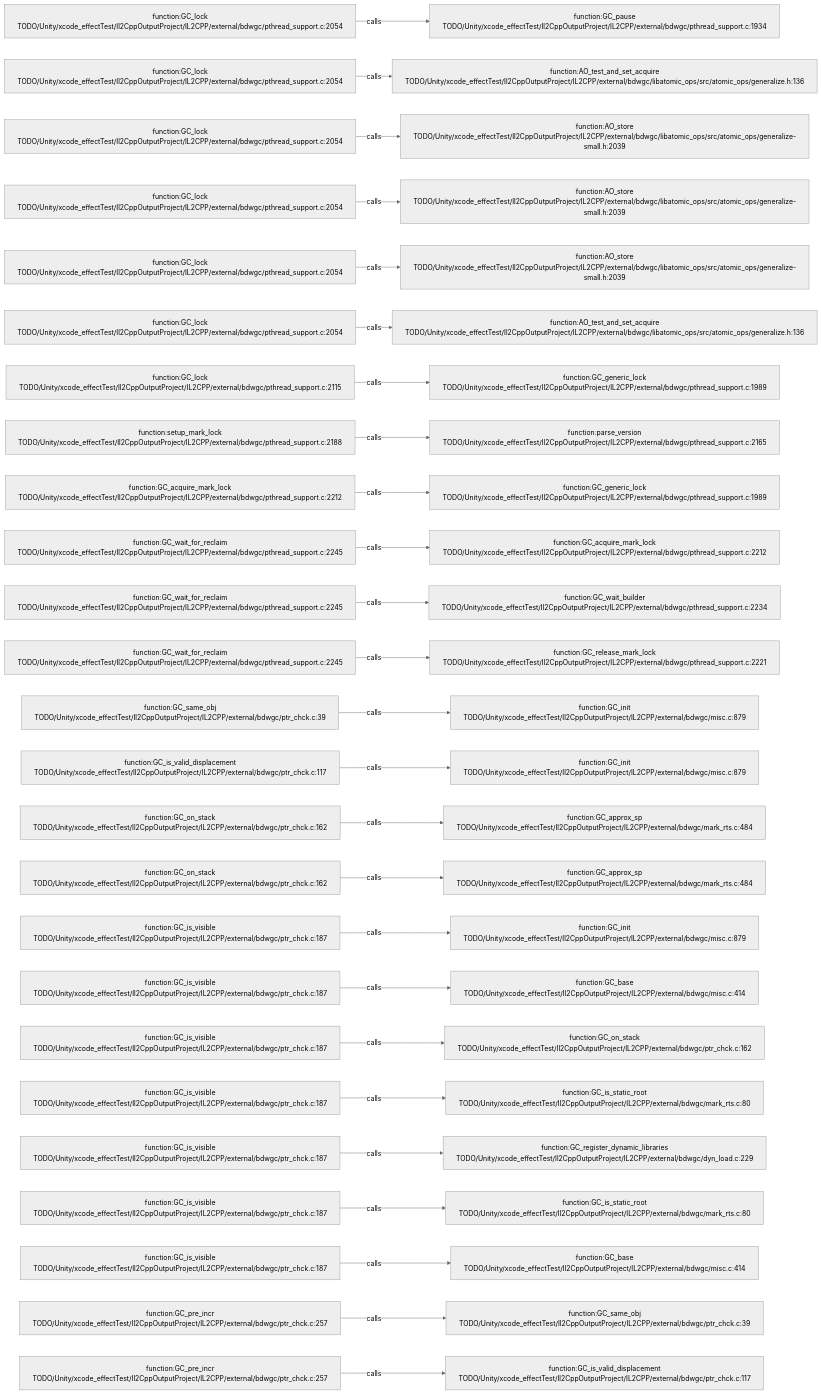
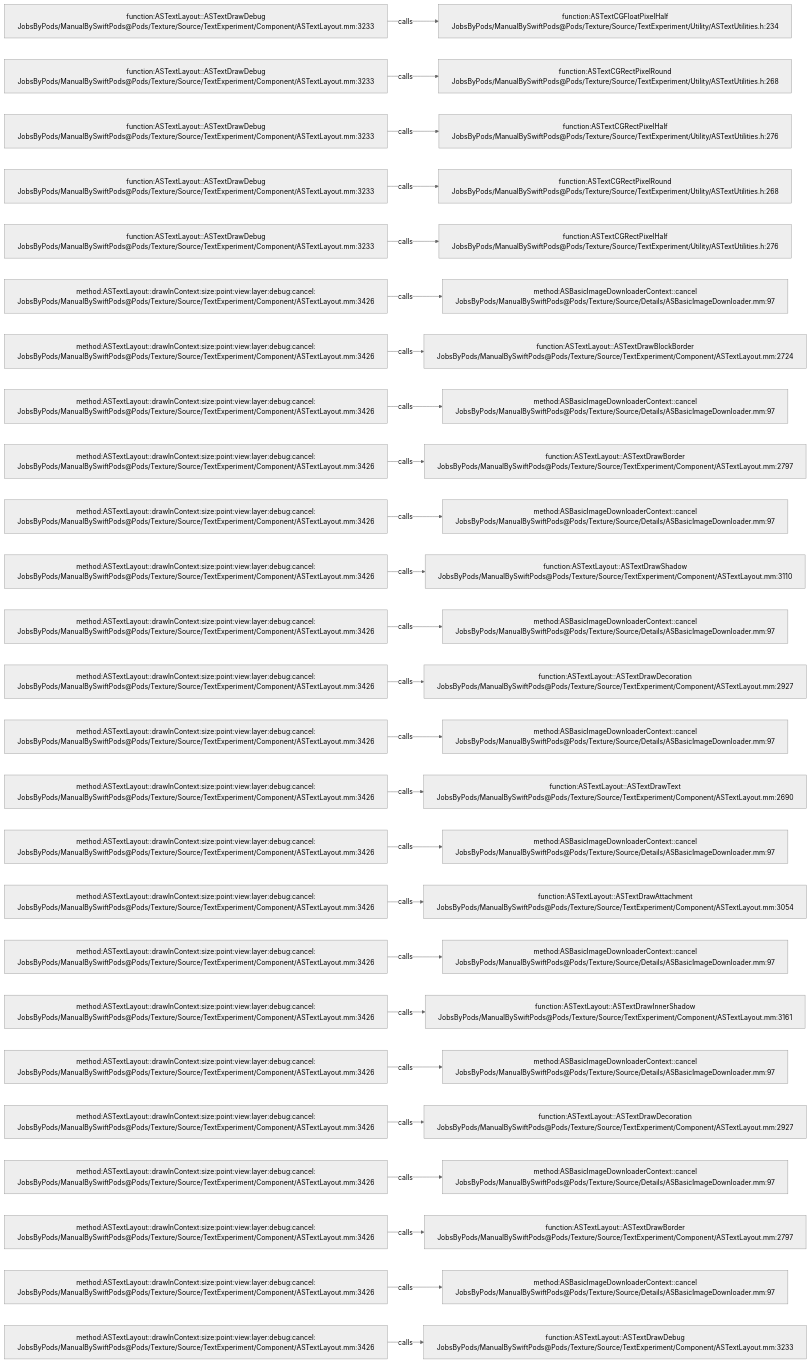
The diagram in .codegraph/codegraph.md/graphs/calls-156.md (JobsKits/JobsSwiftBaseConfigDemo), drawn with Mermaid (neutral theme) before and after one commit. The commit also changed 2959 other files, not shown here.

````diff
--- a/.codegraph/codegraph.md/graphs/calls-156.md
+++ b/.codegraph/codegraph.md/graphs/calls-156.md
@@ -13,78 +13,78 @@
 ```mermaid
 flowchart LR
-  S1["function:GC_lock<br/>TODO/Unity/xcode_effectTest/Il2CppOutputProject/IL2CPP/external/bdwgc/pthread_support.c:2054"]
-  T1["function:GC_pause<br/>TODO/Unity/xcode_effectTest/Il2CppOutputProject/IL2CPP/external/bdwgc/pthread_support.c:1934"]
+  S1["function:ASTextLayout::ASTextDrawDebug<br/>JobsByPods/ManualBySwiftPods@Pods/Texture/Source/TextExperiment/Component/ASTextLayout.mm:3233"]
+  T1["function:ASTextCGFloatPixelHalf<br/>JobsByPods/ManualBySwiftPods@Pods/Texture/Source/TextExperiment/Utility/ASTextUtilities.h:234"]
   S1 -->|calls| T1
-  S2["function:GC_lock<br/>TODO/Unity/xcode_effectTest/Il2CppOutputProject/IL2CPP/external/bdwgc/pthread_support.c:2054"]
-  T2["function:AO_test_and_set_acquire<br/>TODO/Unity/xcode_effectTest/Il2CppOutputProject/IL2CPP/external/bdwgc/libatomic_ops/src/atomic_ops/generalize.h:136"]
+  S2["function:ASTextLayout::ASTextDrawDebug<br/>JobsByPods/ManualBySwiftPods@Pods/Texture/Source/TextExperiment/Component/ASTextLayout.mm:3233"]
+  T2["function:ASTextCGRectPixelRound<br/>JobsByPods/ManualBySwiftPods@Pods/Texture/Source/TextExperiment/Utility/ASTextUtilities.h:268"]
   S2 -->|calls| T2
-  S3["function:GC_lock<br/>TODO/Unity/xcode_effectTest/Il2CppOutputProject/IL2CPP/external/bdwgc/pthread_support.c:2054"]
-  T3["function:AO_store<br/>TODO/Unity/xcode_effectTest/Il2CppOutputProject/IL2CPP/external/bdwgc/libatomic_ops/src/atomic_ops/generalize-small.h:2039"]
+  S3["function:ASTextLayout::ASTextDrawDebug<br/>JobsByPods/ManualBySwiftPods@Pods/Texture/Source/TextExperiment/Component/ASTextLayout.mm:3233"]
+  T3["function:ASTextCGRectPixelHalf<br/>JobsByPods/ManualBySwiftPods@Pods/Texture/Source/TextExperiment/Utility/ASTextUtilities.h:276"]
   S3 -->|calls| T3
-  S4["function:GC_lock<br/>TODO/Unity/xcode_effectTest/Il2CppOutputProject/IL2CPP/external/bdwgc/pthread_support.c:2054"]
-  T4["function:AO_store<br/>TODO/Unity/xcode_effectTest/Il2CppOutputProject/IL2CPP/external/bdwgc/libatomic_ops/src/atomic_ops/generalize-small.h:2039"]
+  S4["function:ASTextLayout::ASTextDrawDebug<br/>JobsByPods/ManualBySwiftPods@Pods/Texture/Source/TextExperiment/Component/ASTextLayout.mm:3233"]
+  T4["function:ASTextCGRectPixelRound<br/>JobsByPods/ManualBySwiftPods@Pods/Texture/Source/TextExperiment/Utility/ASTextUtilities.h:268"]
   S4 -->|calls| T4
-  S5["function:GC_lock<br/>TODO/Unity/xcode_effectTest/Il2CppOutputProject/IL2CPP/external/bdwgc/pthread_support.c:2054"]
-  T5["function:AO_store<br/>TODO/Unity/xcode_effectTest/Il2CppOutputProject/IL2CPP/external/bdwgc/libatomic_ops/src/atomic_ops/generalize-small.h:2039"]
+  S5["function:ASTextLayout::ASTextDrawDebug<br/>JobsByPods/ManualBySwiftPods@Pods/Texture/Source/TextExperiment/Component/ASTextLayout.mm:3233"]
+  T5["function:ASTextCGRectPixelHalf<br/>JobsByPods/ManualBySwiftPods@Pods/Texture/Source/TextExperiment/Utility/ASTextUtilities.h:276"]
   S5 -->|calls| T5
-  S6["function:GC_lock<br/>TODO/Unity/xcode_effectTest/Il2CppOutputProject/IL2CPP/external/bdwgc/pthread_support.c:2054"]
-  T6["function:AO_test_and_set_acquire<br/>TODO/Unity/xcode_effectTest/Il2CppOutputProject/IL2CPP/external/bdwgc/libatomic_ops/src/atomic_ops/generalize.h:136"]
+  S6["method:ASTextLayout::drawInContext:size:point:view:layer:debug:cancel:<br/>JobsByPods/ManualBySwiftPods@Pods/Texture/Source/TextExperiment/Component/ASTextLayout.mm:3426"]
+  T6["method:ASBasicImageDownloaderContext::cancel<br/>JobsByPods/ManualBySwiftPods@Pods/Texture/Source/Details/ASBasicImageDownloader.mm:97"]
   S6 -->|calls| T6
-  S7["function:GC_lock<br/>TODO/Unity/xcode_effectTest/Il2CppOutputProject/IL2CPP/external/bdwgc/pthread_support.c:2115"]
-  T7["function:GC_generic_lock<br/>TODO/Unity/xcode_effectTest/Il2CppOutputProject/IL2CPP/external/bdwgc/pthread_support.c:1989"]
+  S7["method:ASTextLayout::drawInContext:size:point:view:layer:debug:cancel:<br/>JobsByPods/ManualBySwiftPods@Pods/Texture/Source/TextExperiment/Component/ASTextLayout.mm:3426"]
+  T7["function:ASTextLayout::ASTextDrawBlockBorder<br/>JobsByPods/ManualBySwiftPods@Pods/Texture/Source/TextExperiment/Component/ASTextLayout.mm:2724"]
   S7 -->|calls| T7
-  S8["function:setup_mark_lock<br/>TODO/Unity/xcode_effectTest/Il2CppOutputProject/IL2CPP/external/bdwgc/pthread_support.c:2188"]
-  T8["function:parse_version<br/>TODO/Unity/xcode_effectTest/Il2CppOutputProject/IL2CPP/external/bdwgc/pthread_support.c:2165"]
+  S8["method:ASTextLayout::drawInContext:size:point:view:layer:debug:cancel:<br/>JobsByPods/ManualBySwiftPods@Pods/Texture/Source/TextExperiment/Component/ASTextLayout.mm:3426"]
+  T8["method:ASBasicImageDownloaderContext::cancel<br/>JobsByPods/ManualBySwiftPods@Pods/Texture/Source/Details/ASBasicImageDownloader.mm:97"]
   S8 -->|calls| T8
-  S9["function:GC_acquire_mark_lock<br/>TODO/Unity/xcode_effectTest/Il2CppOutputProject/IL2CPP/external/bdwgc/pthread_support.c:2212"]
-  T9["function:GC_generic_lock<br/>TODO/Unity/xcode_effectTest/Il2CppOutputProject/IL2CPP/external/bdwgc/pthread_support.c:1989"]
+  S9["method:ASTextLayout::drawInContext:size:point:view:layer:debug:cancel:<br/>JobsByPods/ManualBySwiftPods@Pods/Texture/Source/TextExperiment/Component/ASTextLayout.mm:3426"]
+  T9["function:ASTextLayout::ASTextDrawBorder<br/>JobsByPods/ManualBySwiftPods@Pods/Texture/Source/TextExperiment/Component/ASTextLayout.mm:2797"]
   S9 -->|calls| T9
-  S10["function:GC_wait_for_reclaim<br/>TODO/Unity/xcode_effectTest/Il2CppOutputProject/IL2CPP/external/bdwgc/pthread_support.c:2245"]
-  T10["function:GC_acquire_mark_lock<br/>TODO/Unity/xcode_effectTest/Il2CppOutputProject/IL2CPP/external/bdwgc/pthread_support.c:2212"]
+  S10["method:ASTextLayout::drawInContext:size:point:view:layer:debug:cancel:<br/>JobsByPods/ManualBySwiftPods@Pods/Texture/Source/TextExperiment/Component/ASTextLayout.mm:3426"]
+  T10["method:ASBasicImageDownloaderContext::cancel<br/>JobsByPods/ManualBySwiftPods@Pods/Texture/Source/Details/ASBasicImageDownloader.mm:97"]
   S10 -->|calls| T10
-  S11["function:GC_wait_for_reclaim<br/>TODO/Unity/xcode_effectTest/Il2CppOutputProject/IL2CPP/external/bdwgc/pthread_support.c:2245"]
-  T11["function:GC_wait_builder<br/>TODO/Unity/xcode_effectTest/Il2CppOutputProject/IL2CPP/external/bdwgc/pthread_support.c:2234"]
+  S11["method:ASTextLayout::drawInContext:size:point:view:layer:debug:cancel:<br/>JobsByPods/ManualBySwiftPods@Pods/Texture/Source/TextExperiment/Component/ASTextLayout.mm:3426"]
+  T11["function:ASTextLayout::ASTextDrawShadow<br/>JobsByPods/ManualBySwiftPods@Pods/Texture/Source/TextExperiment/Component/ASTextLayout.mm:3110"]
   S11 -->|calls| T11
-  S12["function:GC_wait_for_reclaim<br/>TODO/Unity/xcode_effectTest/Il2CppOutputProject/IL2CPP/external/bdwgc/pthread_support.c:2245"]
-  T12["function:GC_release_mark_lock<br/>TODO/Unity/xcode_effectTest/Il2CppOutputProject/IL2CPP/external/bdwgc/pthread_support.c:2221"]
+  S12["method:ASTextLayout::drawInContext:size:point:view:layer:debug:cancel:<br/>JobsByPods/ManualBySwiftPods@Pods/Texture/Source/TextExperiment/Component/ASTextLayout.mm:3426"]
+  T12["method:ASBasicImageDownloaderContext::cancel<br/>JobsByPods/ManualBySwiftPods@Pods/Texture/Source/Details/ASBasicImageDownloader.mm:97"]
   S12 -->|calls| T12
-  S13["function:GC_same_obj<br/>TODO/Unity/xcode_effectTest/Il2CppOutputProject/IL2CPP/external/bdwgc/ptr_chck.c:39"]
-  T13["function:GC_init<br/>TODO/Unity/xcode_effectTest/Il2CppOutputProject/IL2CPP/external/bdwgc/misc.c:879"]
+  S13["method:ASTextLayout::drawInContext:size:point:view:layer:debug:cancel:<br/>JobsByPods/ManualBySwiftPods@Pods/Texture/Source/TextExperiment/Component/ASTextLayout.mm:3426"]
+  T13["function:ASTextLayout::ASTextDrawDecoration<br/>JobsByPods/ManualBySwiftPods@Pods/Texture/Source/TextExperiment/Component/ASTextLayout.mm:2927"]
   S13 -->|calls| T13
-  S14["function:GC_is_valid_displacement<br/>TODO/Unity/xcode_effectTest/Il2CppOutputProject/IL2CPP/external/bdwgc/ptr_chck.c:117"]
-  T14["function:GC_init<br/>TODO/Unity/xcode_effectTest/Il2CppOutputProject/IL2CPP/external/bdwgc/misc.c:879"]
+  S14["method:ASTextLayout::drawInContext:size:point:view:layer:debug:cancel:<br/>JobsByPods/ManualBySwiftPods@Pods/Texture/Source/TextExperiment/Component/ASTextLayout.mm:3426"]
+  T14["method:ASBasicImageDownloaderContext::cancel<br/>JobsByPods/ManualBySwiftPods@Pods/Texture/Source/Details/ASBasicImageDownloader.mm:97"]
   S14 -->|calls| T14
-  S15["function:GC_on_stack<br/>TODO/Unity/xcode_effectTest/Il2CppOutputProject/IL2CPP/external/bdwgc/ptr_chck.c:162"]
-  T15["function:GC_approx_sp<br/>TODO/Unity/xcode_effectTest/Il2CppOutputProject/IL2CPP/external/bdwgc/mark_rts.c:484"]
+  S15["method:ASTextLayout::drawInContext:size:point:view:layer:debug:cancel:<br/>JobsByPods/ManualBySwiftPods@Pods/Texture/Source/TextExperiment/Component/ASTextLayout.mm:3426"]
+  T15["function:ASTextLayout::ASTextDrawText<br/>JobsByPods/ManualBySwiftPods@Pods/Texture/Source/TextExperiment/Component/ASTextLayout.mm:2690"]
   S15 -->|calls| T15
-  S16["function:GC_on_stack<br/>TODO/Unity/xcode_effectTest/Il2CppOutputProject/IL2CPP/external/bdwgc/ptr_chck.c:162"]
-  T16["function:GC_approx_sp<br/>TODO/Unity/xcode_effectTest/Il2CppOutputProject/IL2CPP/external/bdwgc/mark_rts.c:484"]
+  S16["method:ASTextLayout::drawInContext:size:point:view:layer:debug:cancel:<br/>JobsByPods/ManualBySwiftPods@Pods/Texture/Source/TextExperiment/Component/ASTextLayout.mm:3426"]
+  T16["method:ASBasicImageDownloaderContext::cancel<br/>JobsByPods/ManualBySwiftPods@Pods/Texture/Source/Details/ASBasicImageDownloader.mm:97"]
   S16 -->|calls| T16
-  S17["function:GC_is_visible<br/>TODO/Unity/xcode_effectTest/Il2CppOutputProject/IL2CPP/external/bdwgc/ptr_chck.c:187"]
-  T17["function:GC_init<br/>TODO/Unity/xcode_effectTest/Il2CppOutputProject/IL2CPP/external/bdwgc/misc.c:879"]
+  S17["method:ASTextLayout::drawInContext:size:point:view:layer:debug:cancel:<br/>JobsByPods/ManualBySwiftPods@Pods/Texture/Source/TextExperiment/Component/ASTextLayout.mm:3426"]
+  T17["function:ASTextLayout::ASTextDrawAttachment<br/>JobsByPods/ManualBySwiftPods@Pods/Texture/Source/TextExperiment/Component/ASTextLayout.mm:3054"]
   S17 -->|calls| T17
-  S18["function:GC_is_visible<br/>TODO/Unity/xcode_effectTest/Il2CppOutputProject/IL2CPP/external/bdwgc/ptr_chck.c:187"]
-  T18["function:GC_base<br/>TODO/Unity/xcode_effectTest/Il2CppOutputProject/IL2CPP/external/bdwgc/misc.c:414"]
+  S18["method:ASTextLayout::drawInContext:size:point:view:layer:debug:cancel:<br/>JobsByPods/ManualBySwiftPods@Pods/Texture/Source/TextExperiment/Component/ASTextLayout.mm:3426"]
+  T18["method:ASBasicImageDownloaderContext::cancel<br/>JobsByPods/ManualBySwiftPods@Pods/Texture/Source/Details/ASBasicImageDownloader.mm:97"]
   S18 -->|calls| T18
-  S19["function:GC_is_visible<br/>TODO/Unity/xcode_effectTest/Il2CppOutputProject/IL2CPP/external/bdwgc/ptr_chck.c:187"]
-  T19["function:GC_on_stack<br/>TODO/Unity/xcode_effectTest/Il2CppOutputProject/IL2CPP/external/bdwgc/ptr_chck.c:162"]
+  S19["method:ASTextLayout::drawInContext:size:point:view:layer:debug:cancel:<br/>JobsByPods/ManualBySwiftPods@Pods/Texture/Source/TextExperiment/Component/ASTextLayout.mm:3426"]
+  T19["function:ASTextLayout::ASTextDrawInnerShadow<br/>JobsByPods/ManualBySwiftPods@Pods/Texture/Source/TextExperiment/Component/ASTextLayout.mm:3161"]
   S19 -->|calls| T19
-  S20["function:GC_is_visible<br/>TODO/Unity/xcode_effectTest/Il2CppOutputProject/IL2CPP/external/bdwgc/ptr_chck.c:187"]
-  T20["function:GC_is_static_root<br/>TODO/Unity/xcode_effectTest/Il2CppOutputProject/IL2CPP/external/bdwgc/mark_rts.c:80"]
+  S20["method:ASTextLayout::drawInContext:size:point:view:layer:debug:cancel:<br/>JobsByPods/ManualBySwiftPods@Pods/Texture/Source/TextExperiment/Component/ASTextLayout.mm:3426"]
+  T20["method:ASBasicImageDownloaderContext::cancel<br/>JobsByPods/ManualBySwiftPods@Pods/Texture/Source/Details/ASBasicImageDownloader.mm:97"]
   S20 -->|calls| T20
-  S21["function:GC_is_visible<br/>TODO/Unity/xcode_effectTest/Il2CppOutputProject/IL2CPP/external/bdwgc/ptr_chck.c:187"]
-  T21["function:GC_register_dynamic_libraries<br/>TODO/Unity/xcode_effectTest/Il2CppOutputProject/IL2CPP/external/bdwgc/dyn_load.c:229"]
+  S21["method:ASTextLayout::drawInContext:size:point:view:layer:debug:cancel:<br/>JobsByPods/ManualBySwiftPods@Pods/Texture/Source/TextExperiment/Component/ASTextLayout.mm:3426"]
+  T21["function:ASTextLayout::ASTextDrawDecoration<br/>JobsByPods/ManualBySwiftPods@Pods/Texture/Source/TextExperiment/Component/ASTextLayout.mm:2927"]
   S21 -->|calls| T21
-  S22["function:GC_is_visible<br/>TODO/Unity/xcode_effectTest/Il2CppOutputProject/IL2CPP/external/bdwgc/ptr_chck.c:187"]
-  T22["function:GC_is_static_root<br/>TODO/Unity/xcode_effectTest/Il2CppOutputProject/IL2CPP/external/bdwgc/mark_rts.c:80"]
+  S22["method:ASTextLayout::drawInContext:size:point:view:layer:debug:cancel:<br/>JobsByPods/ManualBySwiftPods@Pods/Texture/Source/TextExperiment/Component/ASTextLayout.mm:3426"]
+  T22["method:ASBasicImageDownloaderContext::cancel<br/>JobsByPods/ManualBySwiftPods@Pods/Texture/Source/Details/ASBasicImageDownloader.mm:97"]
   S22 -->|calls| T22
-  S23["function:GC_is_visible<br/>TODO/Unity/xcode_effectTest/Il2CppOutputProject/IL2CPP/external/bdwgc/ptr_chck.c:187"]
-  T23["function:GC_base<br/>TODO/Unity/xcode_effectTest/Il2CppOutputProject/IL2CPP/external/bdwgc/misc.c:414"]
+  S23["method:ASTextLayout::drawInContext:size:point:view:layer:debug:cancel:<br/>JobsByPods/ManualBySwiftPods@Pods/Texture/Source/TextExperiment/Component/ASTextLayout.mm:3426"]
+  T23["function:ASTextLayout::ASTextDrawBorder<br/>JobsByPods/ManualBySwiftPods@Pods/Texture/Source/TextExperiment/Component/ASTextLayout.mm:2797"]
   S23 -->|calls| T23
-  S24["function:GC_pre_incr<br/>TODO/Unity/xcode_effectTest/Il2CppOutputProject/IL2CPP/external/bdwgc/ptr_chck.c:257"]
-  T24["function:GC_same_obj<br/>TODO/Unity/xcode_effectTest/Il2CppOutputProject/IL2CPP/external/bdwgc/ptr_chck.c:39"]
+  S24["method:ASTextLayout::drawInContext:size:point:view:layer:debug:cancel:<br/>JobsByPods/ManualBySwiftPods@Pods/Texture/Source/TextExperiment/Component/ASTextLayout.mm:3426"]
+  T24["method:ASBasicImageDownloaderContext::cancel<br/>JobsByPods/ManualBySwiftPods@Pods/Texture/Source/Details/ASBasicImageDownloader.mm:97"]
   S24 -->|calls| T24
-  S25["function:GC_pre_incr<br/>TODO/Unity/xcode_effectTest/Il2CppOutputProject/IL2CPP/external/bdwgc/ptr_chck.c:257"]
-  T25["function:GC_is_valid_displacement<br/>TODO/Unity/xcode_effectTest/Il2CppOutputProject/IL2CPP/external/bdwgc/ptr_chck.c:117"]
+  S25["method:ASTextLayout::drawInContext:size:point:view:layer:debug:cancel:<br/>JobsByPods/ManualBySwiftPods@Pods/Texture/Source/TextExperiment/Component/ASTextLayout.mm:3426"]
+  T25["function:ASTextLayout::ASTextDrawDebug<br/>JobsByPods/ManualBySwiftPods@Pods/Texture/Source/TextExperiment/Component/ASTextLayout.mm:3233"]
   S25 -->|calls| T25
 ```
````
